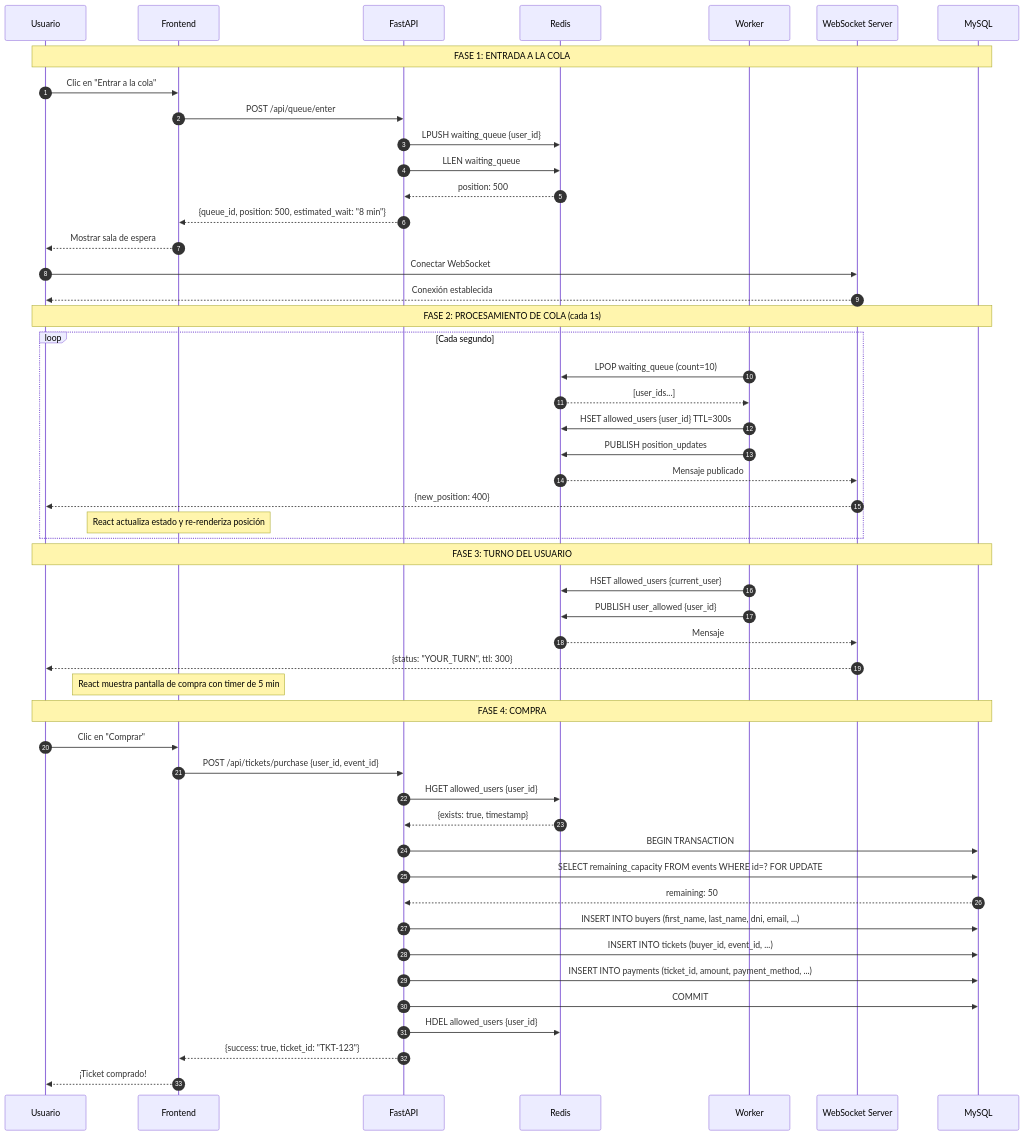
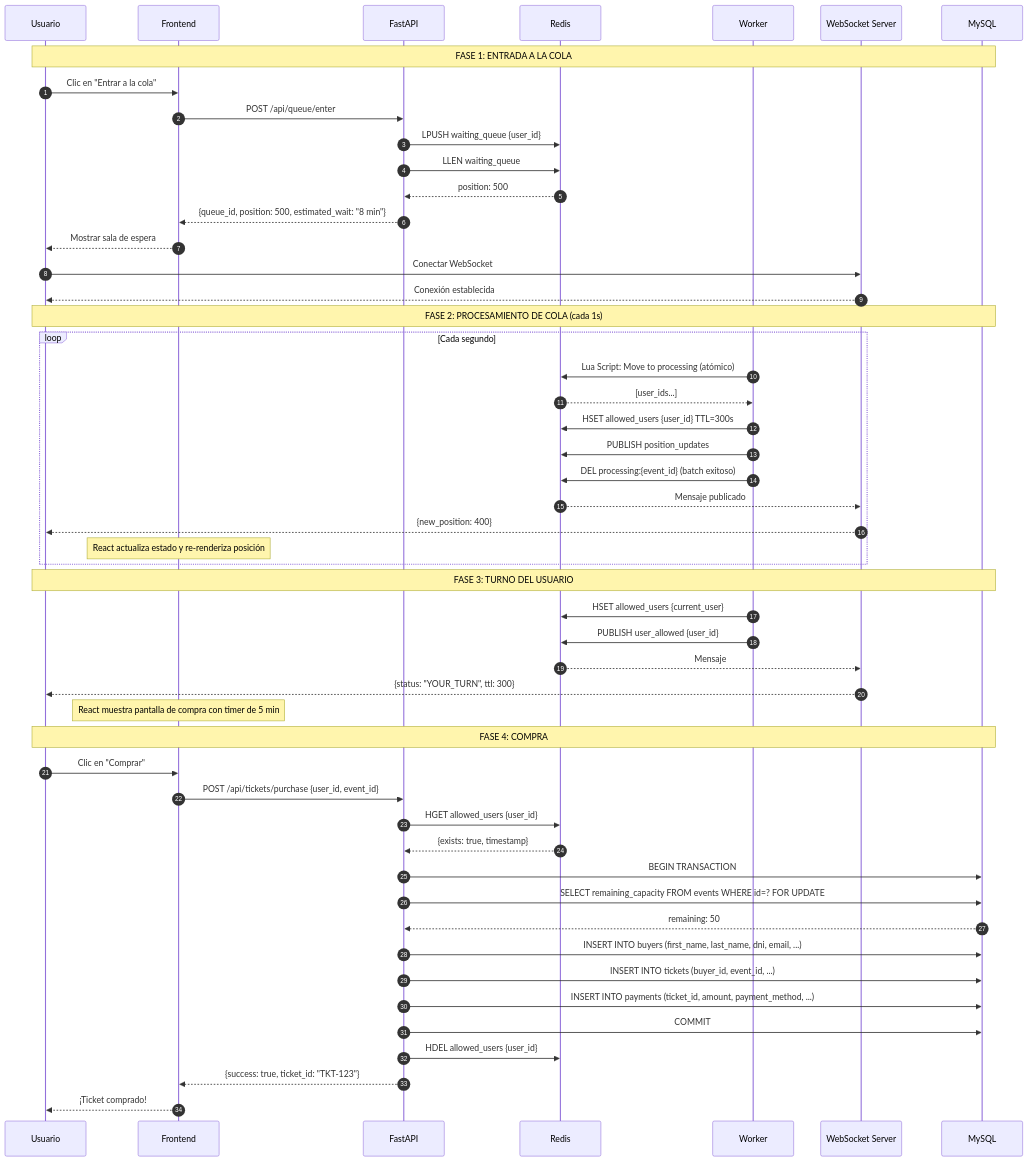
One commit to paumf23/TicketStream_Fila-Virtual changed the first of 4 diagrams in docs/diagrams/sequence-queue-flow.md. Above: the diagram before and after it, drawn with Mermaid. The commit also changed other lines of this file and 11 other files, not shown here.

````diff
--- a/docs/diagrams/sequence-queue-flow.md
+++ b/docs/diagrams/sequence-queue-flow.md
@@ -10,61 +10,62 @@
 ```mermaid
 sequenceDiagram
     autonumber
     participant U as Usuario
     participant F as Frontend
     participant API as FastAPI
     participant R as Redis
     participant W as Worker
     participant WS as WebSocket Server
     participant DB as MySQL
 
     Note over U,DB: FASE 1: ENTRADA A LA COLA
     
     U->>F: Clic en "Entrar a la cola"
     F->>API: POST /api/queue/enter
     API->>R: LPUSH waiting_queue {user_id}
     API->>R: LLEN waiting_queue
     R-->>API: position: 500
     API-->>F: {queue_id, position: 500, estimated_wait: "8 min"}
     F-->>U: Mostrar sala de espera
     U->>WS: Conectar WebSocket
     WS-->>U: Conexión establecida
 
     Note over U,DB: FASE 2: PROCESAMIENTO DE COLA (cada 1s)
     
     loop Cada segundo
-        W->>R: LPOP waiting_queue (count=10)
+        W->>R: Lua Script: Move to processing (atómico)
         R-->>W: [user_ids...]
         W->>R: HSET allowed_users {user_id} TTL=300s
         W->>R: PUBLISH position_updates
+        W->>R: DEL processing:{event_id} (batch exitoso)
         R-->>WS: Mensaje publicado
         WS-->>U: {new_position: 400}
         Note over F: React actualiza estado y re-renderiza posición
     end
 
     Note over U,DB: FASE 3: TURNO DEL USUARIO
     
     W->>R: HSET allowed_users {current_user}
     W->>R: PUBLISH user_allowed {user_id}
     R-->>WS: Mensaje
     WS-->>U: {status: "YOUR_TURN", ttl: 300}
     Note over F: React muestra pantalla de compra con timer de 5 min
 
     Note over U,DB: FASE 4: COMPRA
     
     U->>F: Clic en "Comprar"
     F->>API: POST /api/tickets/purchase {user_id, event_id}
     API->>R: HGET allowed_users {user_id}
     R-->>API: {exists: true, timestamp}
     API->>DB: BEGIN TRANSACTION
     API->>DB: SELECT remaining_capacity FROM events WHERE id=? FOR UPDATE
     DB-->>API: remaining: 50
     API->>DB: INSERT INTO buyers (first_name, last_name, dni, email, ...)
     API->>DB: INSERT INTO tickets (buyer_id, event_id, ...)
     API->>DB: INSERT INTO payments (ticket_id, amount, payment_method, ...)
 
     API->>DB: COMMIT
     API->>R: HDEL allowed_users {user_id}
     API-->>F: {success: true, ticket_id: "TKT-123"}
     F-->>U: ¡Ticket comprado!
 ```
````
